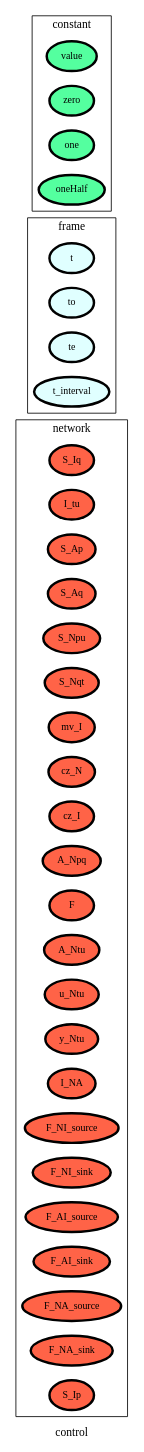
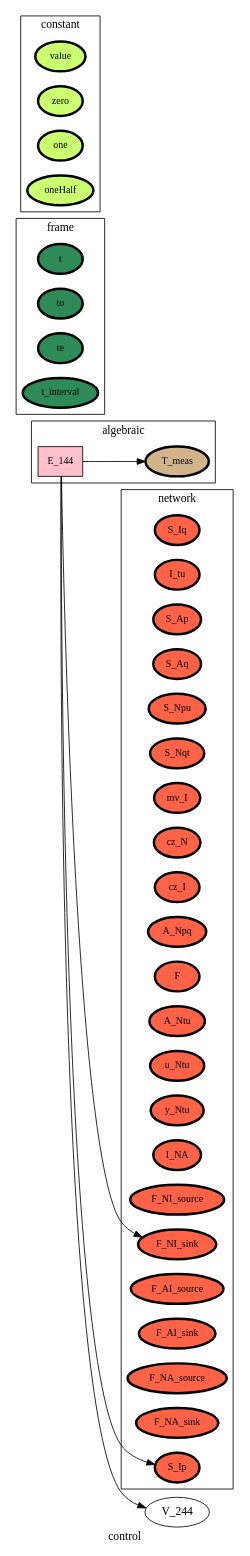
Before and after one commit to heinz-preisig/processes_distributed_no_interface_eqs: the diagram in ontology_graphs/graph__control.dot, drawn with Graphviz. The commit also changed 36 other files, not shown here.

```diff
--- a/ontology_graphs/graph__control.dot
+++ b/ontology_graphs/graph__control.dot
@@ -1,94 +1,85 @@
 digraph control {
 label=control;
 rankdir=LR;
 subgraph cluster_control___dataFlow {
 label=dataFlow;
 rankdir=LR;
 }
 
 subgraph cluster_control___input {
 label=input;
 rankdir=LR;
 }
 
 subgraph cluster_control___output {
 label=output;
 rankdir=LR;
 }
 
 subgraph cluster_control___network {
 label=network;
 rankdir=LR;
 V_10 [fillcolor=tomato, fontsize=12, label=S_Iq, penwidth=3, style=filled];
 V_11 [fillcolor=tomato, fontsize=12, label=I_tu, penwidth=3, style=filled];
 V_12 [fillcolor=tomato, fontsize=12, label=S_Ap, penwidth=3, style=filled];
 V_13 [fillcolor=tomato, fontsize=12, label=S_Aq, penwidth=3, style=filled];
 V_14 [fillcolor=tomato, fontsize=12, label=S_Npu, penwidth=3, style=filled];
 V_15 [fillcolor=tomato, fontsize=12, label=S_Nqt, penwidth=3, style=filled];
 V_16 [fillcolor=tomato, fontsize=12, label=mv_I, penwidth=3, style=filled];
 V_17 [fillcolor=tomato, fontsize=12, label=cz_N, penwidth=3, style=filled];
 V_18 [fillcolor=tomato, fontsize=12, label=cz_I, penwidth=3, style=filled];
 V_19 [fillcolor=tomato, fontsize=12, label=A_Npq, penwidth=3, style=filled];
 V_2 [fillcolor=tomato, fontsize=12, label=F, penwidth=3, style=filled];
 V_20 [fillcolor=tomato, fontsize=12, label=A_Ntu, penwidth=3, style=filled];
 V_21 [fillcolor=tomato, fontsize=12, label=u_Ntu, penwidth=3, style=filled];
 V_22 [fillcolor=tomato, fontsize=12, label=y_Ntu, penwidth=3, style=filled];
 V_27 [fillcolor=tomato, fontsize=12, label=I_NA, penwidth=3, style=filled];
 V_3 [fillcolor=tomato, fontsize=12, label=F_NI_source, penwidth=3, style=filled];
 V_4 [fillcolor=tomato, fontsize=12, label=F_NI_sink, penwidth=3, style=filled];
 V_5 [fillcolor=tomato, fontsize=12, label=F_AI_source, penwidth=3, style=filled];
 V_6 [fillcolor=tomato, fontsize=12, label=F_AI_sink, penwidth=3, style=filled];
 V_7 [fillcolor=tomato, fontsize=12, label=F_NA_source, penwidth=3, style=filled];
 V_8 [fillcolor=tomato, fontsize=12, label=F_NA_sink, penwidth=3, style=filled];
 V_9 [fillcolor=tomato, fontsize=12, label=S_Ip, penwidth=3, style=filled];
 }
 
 subgraph cluster_control___frame {
 label=frame;
 rankdir=LR;
-V_1 [fillcolor=lightcyan1, fontsize=12, label=t, penwidth=3, style=filled];
-V_105 [fillcolor=lightcyan1, fontsize=12, label=to, penwidth=3, style=filled];
-V_106 [fillcolor=lightcyan1, fontsize=12, label=te, penwidth=3, style=filled];
-V_107 [fillcolor=lightcyan1, fontsize=12, label=t_interval, penwidth=3, style=filled];
+V_1 [fillcolor=seagreen, fontsize=12, label=t, penwidth=3, style=filled];
+V_105 [fillcolor=seagreen, fontsize=12, label=to, penwidth=3, style=filled];
+V_106 [fillcolor=seagreen, fontsize=12, label=te, penwidth=3, style=filled];
+V_107 [fillcolor=seagreen, fontsize=12, label=t_interval, penwidth=3, style=filled];
 }
 
 subgraph cluster_control___state {
 label=state;
 rankdir=LR;
 }
 
 subgraph cluster_control___constant {
 label=constant;
 rankdir=LR;
-V_101 [fillcolor=seagreen1, fontsize=12, label=value, penwidth=3, style=filled];
-V_102 [fillcolor=seagreen1, fontsize=12, label=zero, penwidth=3, style=filled];
-V_103 [fillcolor=seagreen1, fontsize=12, label=one, penwidth=3, style=filled];
-V_104 [fillcolor=seagreen1, fontsize=12, label=oneHalf, penwidth=3, style=filled];
+V_101 [fillcolor=darkolivegreen1, fontsize=12, label=value, penwidth=3, style=filled];
+V_102 [fillcolor=darkolivegreen1, fontsize=12, label=zero, penwidth=3, style=filled];
+V_103 [fillcolor=darkolivegreen1, fontsize=12, label=one, penwidth=3, style=filled];
+V_104 [fillcolor=darkolivegreen1, fontsize=12, label=oneHalf, penwidth=3, style=filled];
 }
 
 subgraph cluster_control___diffState {
 label=diffState;
 rankdir=LR;
 }
 
+E_144 -> V_244  [splines=ortho];
+E_144 -> V_4  [splines=ortho];
+E_144 -> V_9  [splines=ortho];
 subgraph cluster_control___algebraic {
 label=algebraic;
 rankdir=LR;
-}
-
-subgraph cluster_control___get {
-label=get;
-rankdir=LR;
-}
-
-subgraph cluster_control___get {
-label=get;
-rankdir=LR;
-}
-
-subgraph cluster_control___get {
-label=get;
-rankdir=LR;
+V_245 [fillcolor=tan, fontsize=12, label=T_meas, penwidth=3, style=filled];
+E_144 [fillcolor=pink, fontsize=12, shape=box, style=filled];
+E_144 -> V_245  [splines=ortho];
 }
 
 }
```
